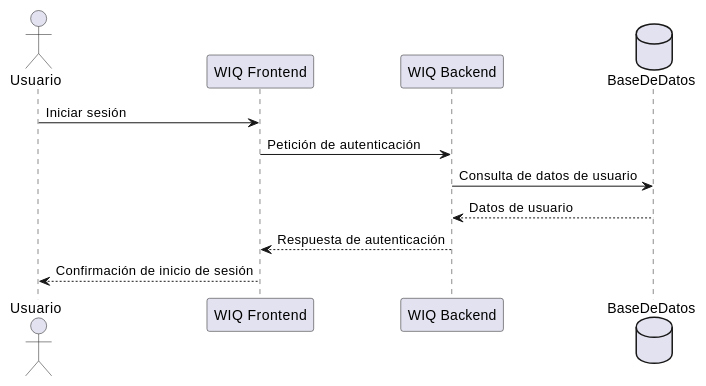
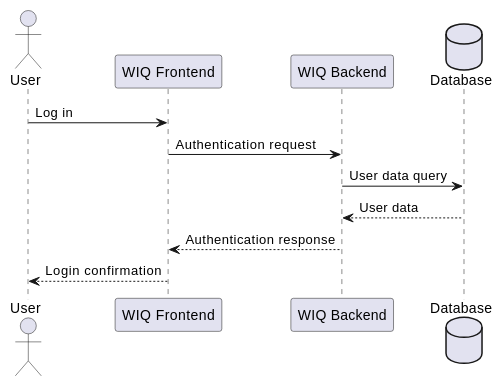
The first of 6 diagrams in docs/src/06_runtime_view.adoc (Arquisoft/wiq_es04b), drawn with PlantUML before and after one commit. The commit also changed other lines of this file and 1 other file, not shown here.

```diff
--- a/docs/src/06_runtime_view.adoc
+++ b/docs/src/06_runtime_view.adoc
@@ -41,14 +41,14 @@
 [plantuml,"Sequence diagram 1",png]
 ----
-actor Usuario
+actor User
 participant "WIQ Frontend" as Frontend
 participant "WIQ Backend" as Backend
-database BaseDeDatos as Data
+database Database as Data
 
-Usuario -> Frontend: Iniciar sesión
-Frontend -> Backend: Petición de autenticación
-Backend -> Data: Consulta de datos de usuario
-Data --> Backend: Datos de usuario
-Backend --> Frontend: Respuesta de autenticación
-Frontend --> Usuario: Confirmación de inicio de sesión
+User -> Frontend: Log in
+Frontend -> Backend: Authentication request
+Backend -> Data: User data query
+Data --> Backend: User data
+Backend --> Frontend: Authentication response
+Frontend --> User: Login confirmation
 ----
```
